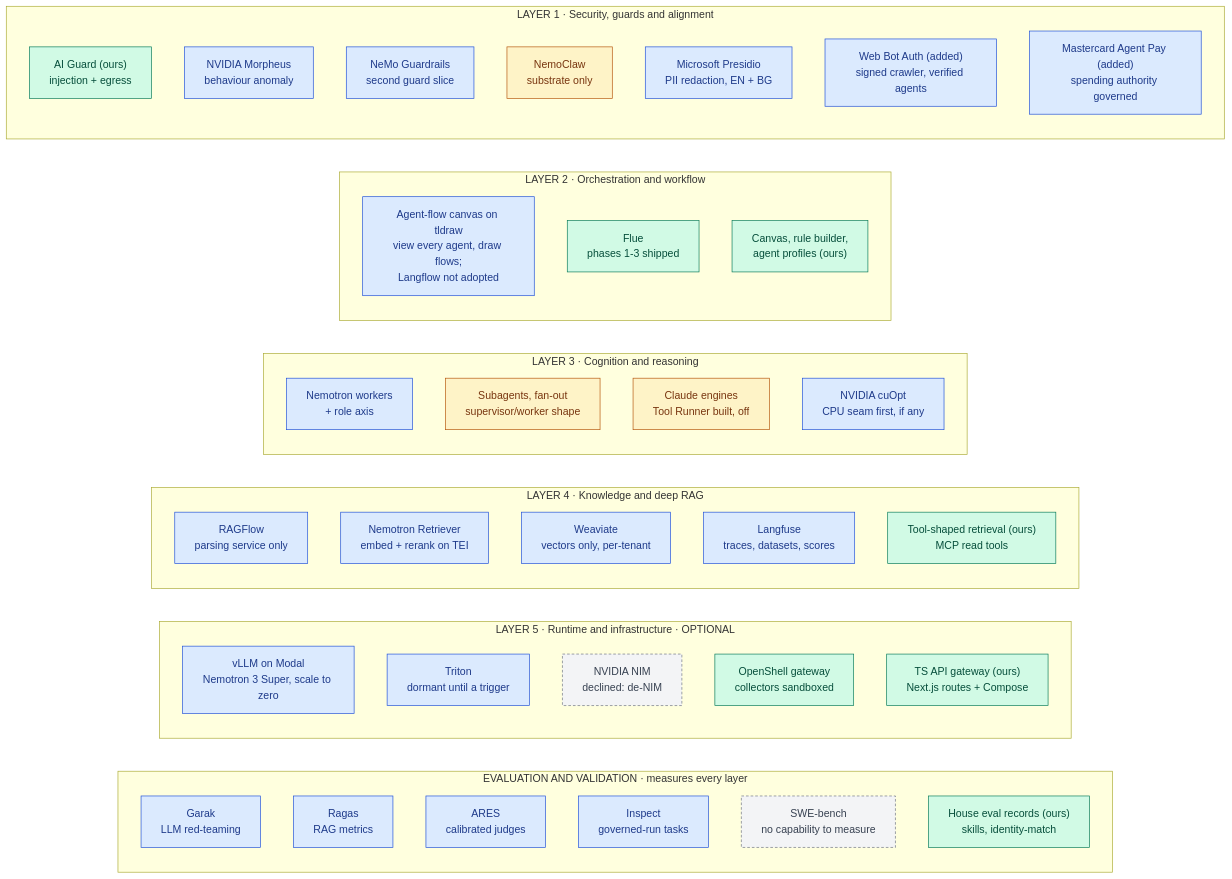
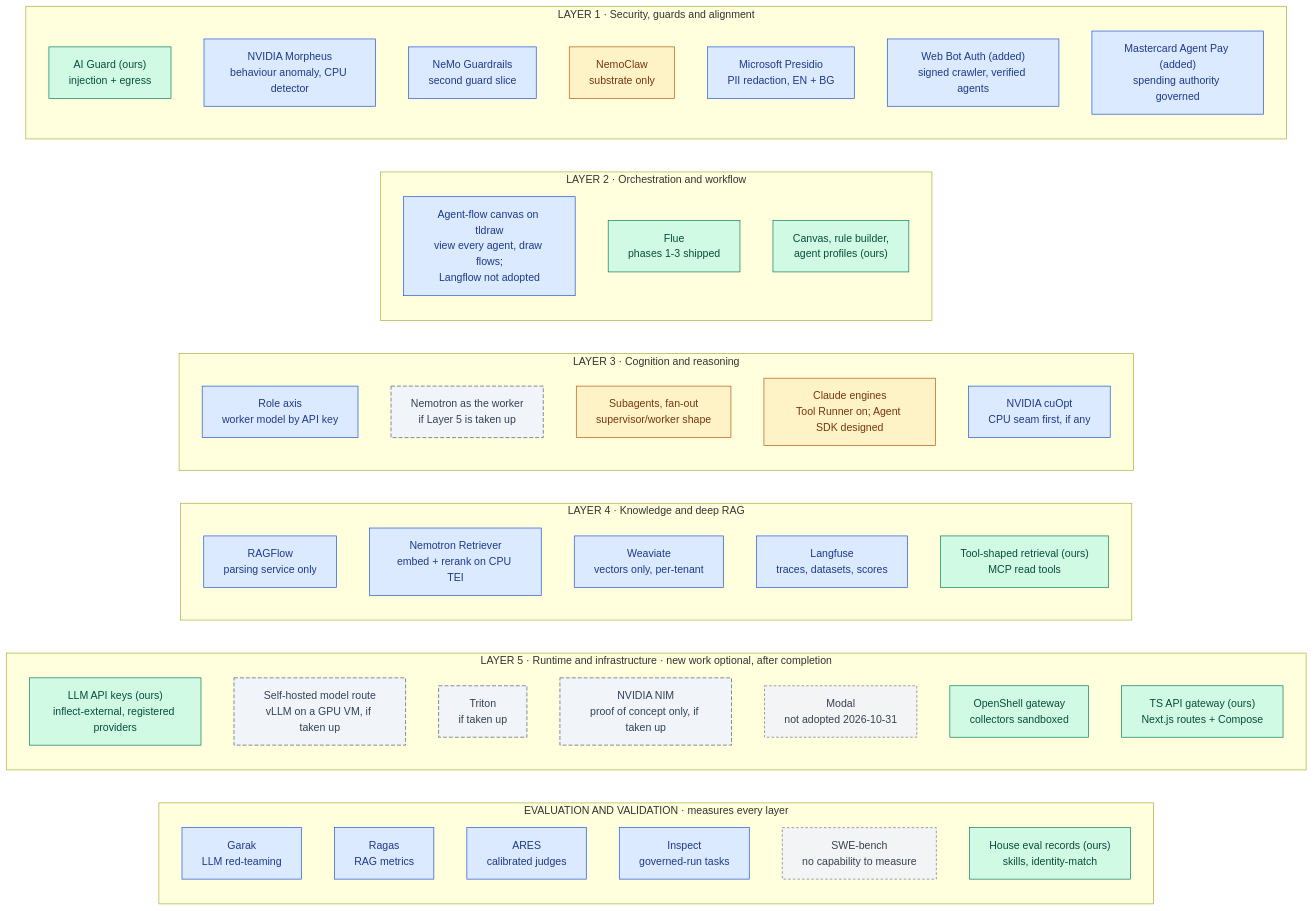
The first of 5 diagrams in docs/ai-architecture-roadmap.md (RodnaPamet/inflect-compliance), drawn with Mermaid before and after one commit. The commit also changed other lines of this file and 21 other files, not shown here.

First line of the commit message:
docs(ai-architecture): the roadmap is complete without Layer 5; models through API keys

````diff
--- a/docs/ai-architecture-roadmap.md
+++ b/docs/ai-architecture-roadmap.md
@@ -43,61 +57,65 @@
 ```mermaid
 flowchart LR
   subgraph EV["EVALUATION AND VALIDATION · measures every layer"]
     direction TB
     GA["Garak<br/>LLM red-teaming"]:::todo
     RA["Ragas<br/>RAG metrics"]:::todo
     AR["ARES<br/>calibrated judges"]:::todo
     IS["Inspect<br/>governed-run tasks"]:::todo
     SB["SWE-bench<br/>no capability to measure"]:::declined
     HR["House eval records (ours)<br/>skills, identity-match"]:::done
   end
 
-  subgraph L5["LAYER 5 · Runtime and infrastructure · OPTIONAL"]
+  subgraph L5["LAYER 5 · Runtime and infrastructure · new work optional, after completion"]
     direction TB
-    MD["vLLM on Modal<br/>Nemotron 3 Super, scale to zero"]:::todo
-    TT["Triton<br/>dormant until a trigger"]:::todo
-    NIM["NVIDIA NIM<br/>declined: de-NIM"]:::declined
+    API["LLM API keys (ours)<br/>inflect-external, registered providers"]:::done
+    MD["Self-hosted model route<br/>vLLM on a GPU VM, if taken up"]:::optional
+    TT["Triton<br/>if taken up"]:::optional
+    NIM["NVIDIA NIM<br/>proof of concept only, if taken up"]:::optional
+    MO5["Modal<br/>not adopted 2026-10-31"]:::declined
     OS["OpenShell gateway<br/>collectors sandboxed"]:::done
     GW["TS API gateway (ours)<br/>Next.js routes + Compose"]:::done
   end
 
   subgraph L4["LAYER 4 · Knowledge and deep RAG"]
     direction TB
     RF["RAGFlow<br/>parsing service only"]:::todo
-    RT["Nemotron Retriever<br/>embed + rerank on TEI"]:::todo
+    RT["Nemotron Retriever<br/>embed + rerank on CPU TEI"]:::todo
     WV["Weaviate<br/>vectors only, per-tenant"]:::todo
     LU["Langfuse<br/>traces, datasets, scores"]:::todo
     TR["Tool-shaped retrieval (ours)<br/>MCP read tools"]:::done
   end
 
   subgraph L3["LAYER 3 · Cognition and reasoning"]
     direction TB
-    NR["Nemotron workers<br/>+ role axis"]:::todo
+    NR["Role axis<br/>worker model by API key"]:::todo
+    NW["Nemotron as the worker<br/>if Layer 5 is taken up"]:::optional
     SW["Subagents, fan-out<br/>supervisor/worker shape"]:::partial
-    CL["Claude engines<br/>Tool Runner built, off"]:::partial
+    CL["Claude engines<br/>Tool Runner on; Agent SDK designed"]:::partial
     CO["NVIDIA cuOpt<br/>CPU seam first, if any"]:::todo
   end
 
   subgraph L2["LAYER 2 · Orchestration and workflow"]
     direction TB
     LF["Agent-flow canvas on tldraw<br/>view every agent, draw flows;<br/>Langflow not adopted"]:::todo
     FL["Flue<br/>phases 1-3 shipped"]:::done
     CV["Canvas, rule builder,<br/>agent profiles (ours)"]:::done
   end
 
   subgraph L1["LAYER 1 · Security, guards and alignment"]
     direction TB
     AG["AI Guard (ours)<br/>injection + egress"]:::done
-    MO["NVIDIA Morpheus<br/>behaviour anomaly"]:::todo
+    MO["NVIDIA Morpheus<br/>behaviour anomaly, CPU detector"]:::todo
     NG["NeMo Guardrails<br/>second guard slice"]:::todo
     NC["NemoClaw<br/>substrate only"]:::partial
     PR["Microsoft Presidio<br/>PII redaction, EN + BG"]:::todo
     WB["Web Bot Auth (added)<br/>signed crawler, verified agents"]:::todo
     MA["Mastercard Agent Pay (added)<br/>spending authority governed"]:::todo
   end
 
   classDef done fill:#d1fae5,stroke:#047857,color:#064e3b
   classDef partial fill:#fef3c7,stroke:#b45309,color:#78350f
   classDef todo fill:#dbeafe,stroke:#1d4ed8,color:#1e3a8a
+  classDef optional fill:#f1f5f9,stroke:#475569,color:#334155,stroke-dasharray:6 3
   classDef declined fill:#f3f4f6,stroke:#6b7280,color:#374151,stroke-dasharray:4 3
 ```
````
